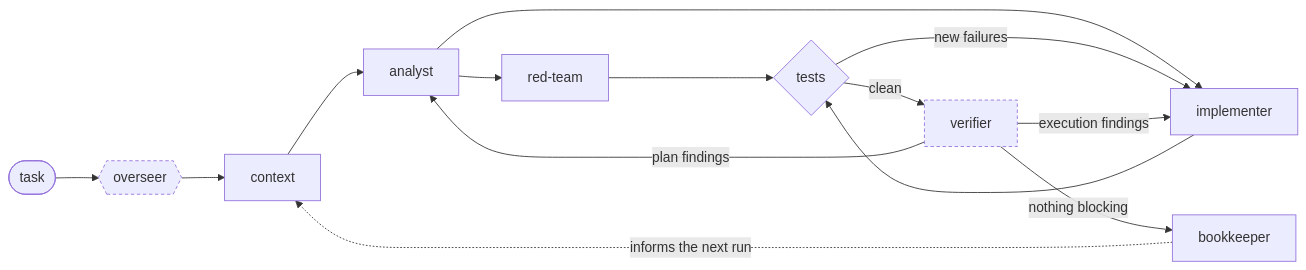
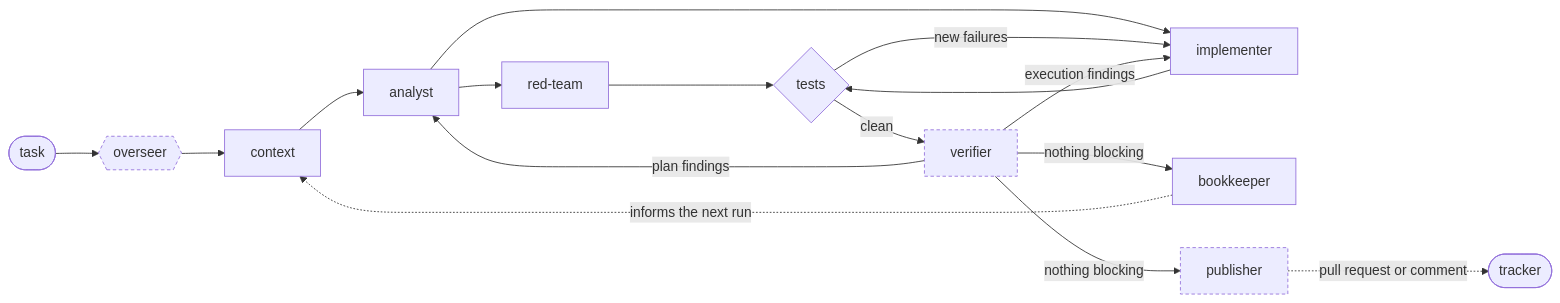
Before and after one commit to cq27-dev/ratatoskr: the diagram in README.md, drawn with Mermaid. The commit also changed other lines of this file and 9 other files, not shown here.

````diff
--- a/README.md
+++ b/README.md
@@ -12,19 +12,21 @@
 ```mermaid
 flowchart LR
     task([task]) --> overseer{{overseer}}
     overseer --> context[context]
     context --> analyst[analyst]
     analyst --> redteam[red-team]
     analyst --> impl[implementer]
     redteam --> tests{tests}
     impl --> tests
     tests -->|new failures| impl
     tests -->|clean| verifier[verifier]
     verifier -->|execution findings| impl
     verifier -->|plan findings| analyst
     verifier -->|nothing blocking| bookkeeper[bookkeeper]
+    verifier -->|nothing blocking| publisher[publisher]
     bookkeeper -.->|informs the next run| context
+    publisher -.->|pull request or comment| tracker([tracker])
 
     classDef optional stroke-dasharray: 4 3
-    class overseer,verifier optional
+    class overseer,verifier,publisher optional
 ```
````
